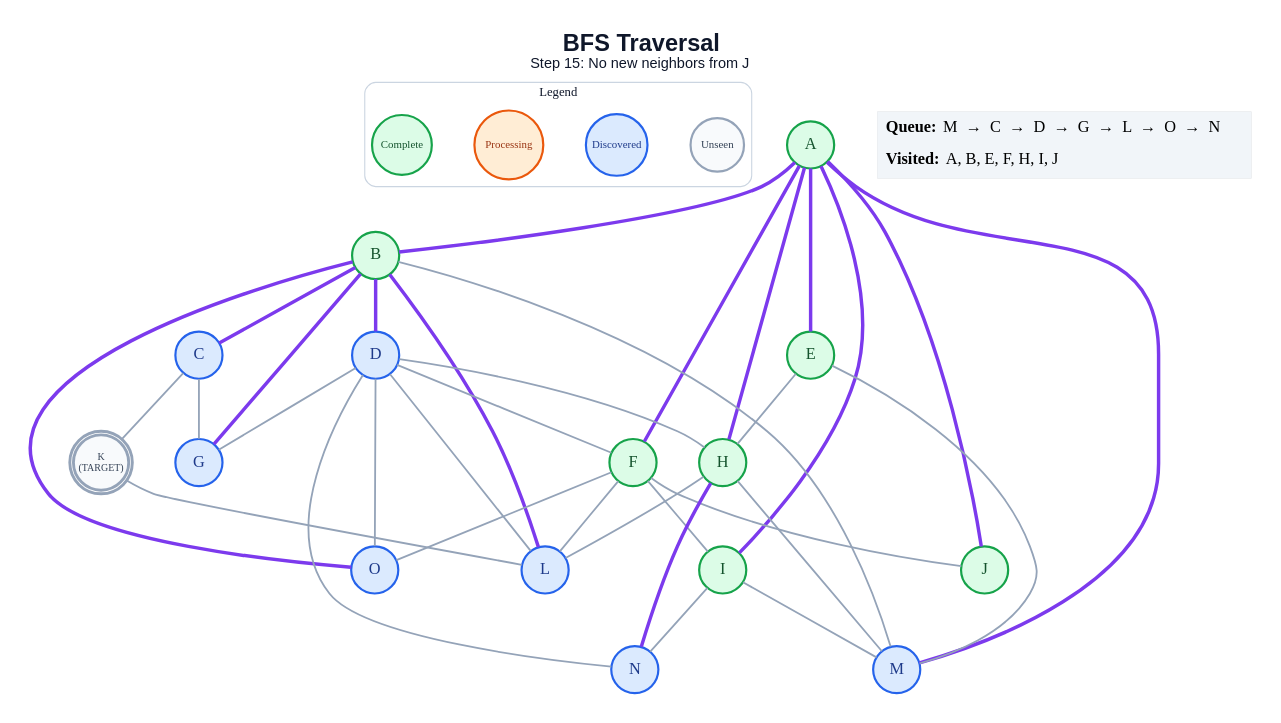
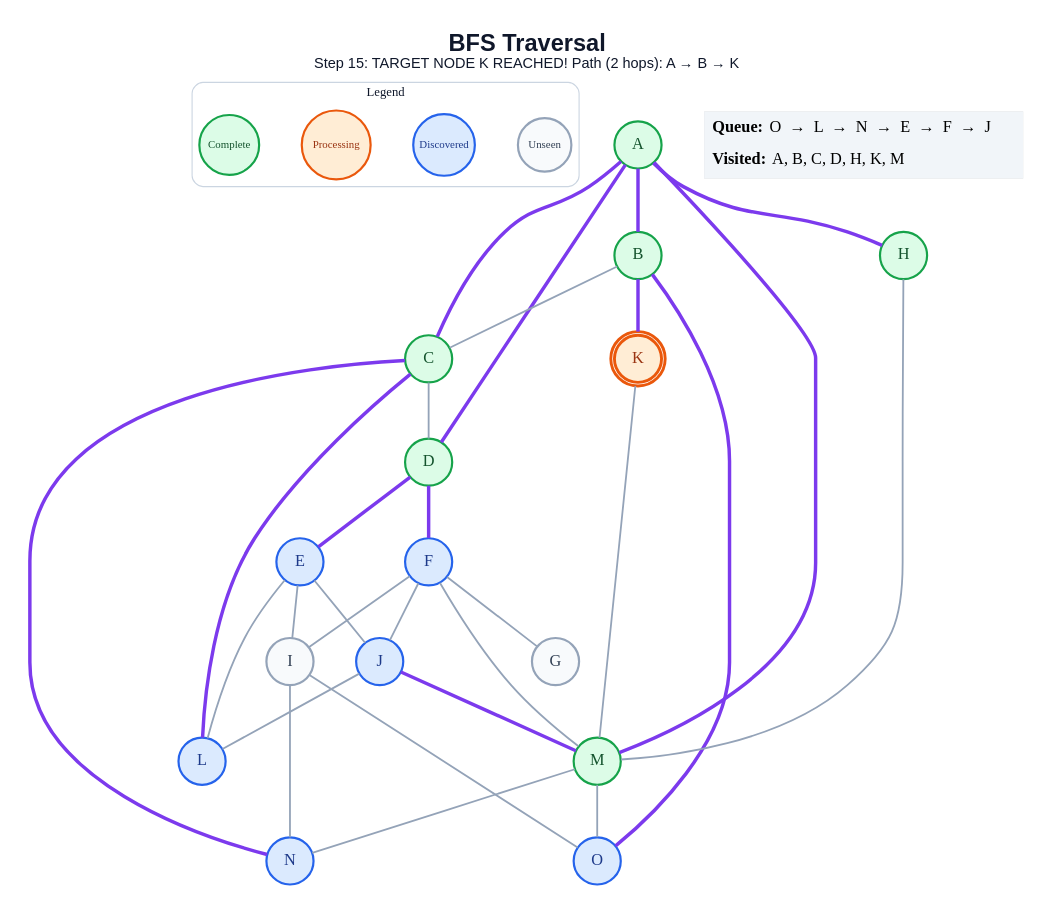
One commit to anon7238593-create/ai-slop changed the diagram in generated/specific-node/bfs/step_15.dot. Above: the diagram before and after it, drawn with Graphviz. The commit also changed 241 other files, not shown here.

```diff
--- a/generated/specific-node/bfs/step_15.dot
+++ b/generated/specific-node/bfs/step_15.dot
@@ -1,67 +1,62 @@
 graph traversal {
   graph [layout=dot, rankdir=TB, bgcolor="#FFFFFF", pad="0.35", nodesep="0.65", ranksep="0.8", fontname="Arial"];
   node [shape=circle, style="filled", fontname="Arial Bold", fontsize=18, width=0.72, fixedsize=true, penwidth=2.4];
   edge [color="#94A3B8", penwidth=2.0];
-  label=<<B>BFS Traversal</B><BR/><FONT POINT-SIZE="16">Step 15: No new neighbors from J</FONT>>; labelloc="t"; fontsize=26; fontname="Arial"; fontcolor="#0F172A";
+  label=<<B>BFS Traversal</B><BR/><FONT POINT-SIZE="16">Step 15: TARGET NODE K REACHED! Path (2 hops): A → B → K</FONT>>; labelloc="t"; fontsize=26; fontname="Arial"; fontcolor="#0F172A";
   subgraph cluster_legend { label="Legend"; color="#CBD5E1"; penwidth=1.2; style="rounded"; fontsize=14; fontname="Arial Bold";
     key_unseen [label="Unseen", fillcolor="#F8FAFC", color="#94A3B8", fontcolor="#334155", fontsize=12, width=0.82];
     key_frontier [label="Discovered", fillcolor="#DBEAFE", color="#2563EB", fontcolor="#1E3A8A", fontsize=12, width=0.95];
     key_current [label="Processing", fillcolor="#FFEDD5", color="#EA580C", fontcolor="#9A3412", fontsize=12, width=1.05];
     key_done [label="Complete", fillcolor="#DCFCE7", color="#16A34A", fontcolor="#14532D", fontsize=12, width=0.92];
     { rank=same; key_unseen; key_frontier; key_current; key_done; }
   }
   A [label="A", fillcolor="#DCFCE7", color="#16A34A", fontcolor="#14532D", peripheries=1, penwidth=2.4];
   B [label="B", fillcolor="#DCFCE7", color="#16A34A", fontcolor="#14532D", peripheries=1, penwidth=2.4];
-  C [label="C", fillcolor="#DBEAFE", color="#2563EB", fontcolor="#1E3A8A", peripheries=1, penwidth=2.4];
-  D [label="D", fillcolor="#DBEAFE", color="#2563EB", fontcolor="#1E3A8A", peripheries=1, penwidth=2.4];
-  E [label="E", fillcolor="#DCFCE7", color="#16A34A", fontcolor="#14532D", peripheries=1, penwidth=2.4];
-  F [label="F", fillcolor="#DCFCE7", color="#16A34A", fontcolor="#14532D", peripheries=1, penwidth=2.4];
-  G [label="G", fillcolor="#DBEAFE", color="#2563EB", fontcolor="#1E3A8A", peripheries=1, penwidth=2.4];
+  C [label="C", fillcolor="#DCFCE7", color="#16A34A", fontcolor="#14532D", peripheries=1, penwidth=2.4];
+  D [label="D", fillcolor="#DCFCE7", color="#16A34A", fontcolor="#14532D", peripheries=1, penwidth=2.4];
+  E [label="E", fillcolor="#DBEAFE", color="#2563EB", fontcolor="#1E3A8A", peripheries=1, penwidth=2.4];
+  F [label="F", fillcolor="#DBEAFE", color="#2563EB", fontcolor="#1E3A8A", peripheries=1, penwidth=2.4];
+  G [label="G", fillcolor="#F8FAFC", color="#94A3B8", fontcolor="#334155", peripheries=1, penwidth=2.4];
   H [label="H", fillcolor="#DCFCE7", color="#16A34A", fontcolor="#14532D", peripheries=1, penwidth=2.4];
-  I [label="I", fillcolor="#DCFCE7", color="#16A34A", fontcolor="#14532D", peripheries=1, penwidth=2.4];
-  J [label="J", fillcolor="#DCFCE7", color="#16A34A", fontcolor="#14532D", peripheries=1, penwidth=2.4];
-  K [label="K\n(TARGET)", fillcolor="#F8FAFC", color="#94A3B8", fontcolor="#334155", peripheries=2, penwidth=3.2, fontsize=11, width=0.85, height=0.85];
+  I [label="I", fillcolor="#F8FAFC", color="#94A3B8", fontcolor="#334155", peripheries=1, penwidth=2.4];
+  J [label="J", fillcolor="#DBEAFE", color="#2563EB", fontcolor="#1E3A8A", peripheries=1, penwidth=2.4];
+  K [label="K", fillcolor="#FFEDD5", color="#EA580C", fontcolor="#9A3412", peripheries=2, penwidth=3.2];
   L [label="L", fillcolor="#DBEAFE", color="#2563EB", fontcolor="#1E3A8A", peripheries=1, penwidth=2.4];
-  M [label="M", fillcolor="#DBEAFE", color="#2563EB", fontcolor="#1E3A8A", peripheries=1, penwidth=2.4];
+  M [label="M", fillcolor="#DCFCE7", color="#16A34A", fontcolor="#14532D", peripheries=1, penwidth=2.4];
   N [label="N", fillcolor="#DBEAFE", color="#2563EB", fontcolor="#1E3A8A", peripheries=1, penwidth=2.4];
   O [label="O", fillcolor="#DBEAFE", color="#2563EB", fontcolor="#1E3A8A", peripheries=1, penwidth=2.4];
   A -- B [color="#7C3AED", penwidth=3.8];
-  A -- E [color="#7C3AED", penwidth=3.8];
-  A -- F [color="#7C3AED", penwidth=3.8];
+  A -- C [color="#7C3AED", penwidth=3.8];
+  A -- D [color="#7C3AED", penwidth=3.8];
   A -- H [color="#7C3AED", penwidth=3.8];
-  A -- I [color="#7C3AED", penwidth=3.8];
-  A -- J [color="#7C3AED", penwidth=3.8];
   A -- M [color="#7C3AED", penwidth=3.8];
-  B -- C [color="#7C3AED", penwidth=3.8];
-  B -- D [color="#7C3AED", penwidth=3.8];
-  B -- G [color="#7C3AED", penwidth=3.8];
-  B -- L [color="#7C3AED", penwidth=3.8];
-  B -- M;
+  B -- C;
+  B -- K [color="#7C3AED", penwidth=3.8];
   B -- O [color="#7C3AED", penwidth=3.8];
-  C -- G;
-  C -- K;
-  D -- F;
-  D -- G;
-  D -- H;
-  D -- L;
-  D -- N;
-  D -- O;
-  E -- H;
-  E -- M;
+  C -- D;
+  C -- L [color="#7C3AED", penwidth=3.8];
+  C -- N [color="#7C3AED", penwidth=3.8];
+  D -- E [color="#7C3AED", penwidth=3.8];
+  D -- F [color="#7C3AED", penwidth=3.8];
+  E -- I;
+  E -- J;
+  E -- L;
+  F -- G;
   F -- I;
   F -- J;
-  F -- L;
-  F -- O;
-  H -- L;
+  F -- M;
   H -- M;
-  H -- N [color="#7C3AED", penwidth=3.8];
-  I -- M;
   I -- N;
-  K -- L;
+  I -- O;
+  J -- L;
+  J -- M [color="#7C3AED", penwidth=3.8];
+  K -- M;
+  M -- N;
+  M -- O;
   status [shape=plain, fixedsize=false, width=0, height=0, margin=0, label=<
     <TABLE BORDER="0" CELLBORDER="0" CELLPADDING="7" BGCOLOR="#F1F5F9">
-      <TR><TD ALIGN="LEFT"><B>Queue:</B> M  →  C  →  D  →  G  →  L  →  O  →  N</TD></TR>
-      <TR><TD ALIGN="LEFT"><B>Visited:</B> A, B, E, F, H, I, J</TD></TR>
+      <TR><TD ALIGN="LEFT"><B>Queue:</B> O  →  L  →  N  →  E  →  F  →  J</TD></TR>
+      <TR><TD ALIGN="LEFT"><B>Visited:</B> A, B, C, D, H, K, M</TD></TR>
     </TABLE>
   >];
 }
```
